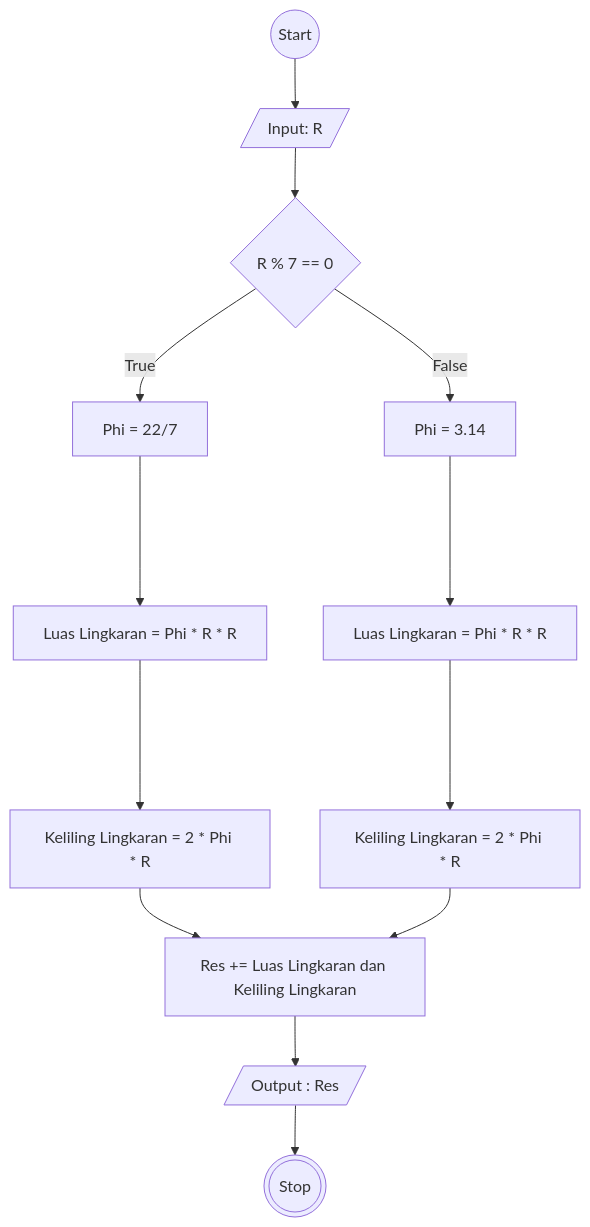
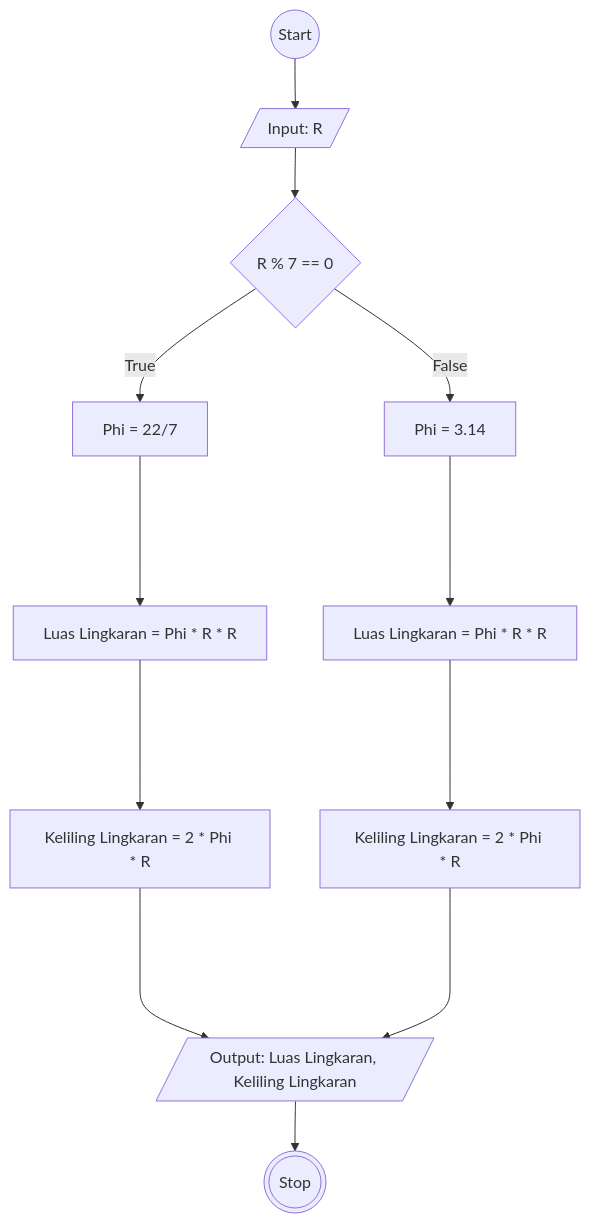
One commit to Vincentius31/koda-b6-algoritma changed the diagram in flowchart-luas-keliling-lingkaran.md. Above: the diagram before and after it, drawn with Mermaid.

````diff
--- a/flowchart-luas-keliling-lingkaran.md
+++ b/flowchart-luas-keliling-lingkaran.md
@@ -1,28 +1,26 @@
 ```mermaid
     flowchart TD
     id1((Start))
     id2[/"Input: R"/]
     id3{R % 7 == 0}
     id4["Phi = 22/7"]
     id5["Phi = 3.14"]
     id6["Luas Lingkaran = Phi * R * R"]
     id7["Keliling Lingkaran = 2 * Phi * R"]
     id8["Luas Lingkaran = Phi * R * R"]
     id9["Keliling Lingkaran = 2 * Phi * R"]
-    id11[/"Output : Res "/]
-    id12["Res += Luas Lingkaran dan Keliling Lingkaran"]
+    id11[/"Output: Luas Lingkaran, Keliling Lingkaran "/]
     
     id14(((Stop)))
 
     id1 --> id2 --> id3
     id3 -- True --> id4
     id3 -- False --> id5
     id4 ----> id6
     id6 ----> id7
     id5 ----> id8
     id8 ----> id9
-    id7 --> id12
-    id9 --> id12
-    id12 --> id11
+    id7 ----> id11
+    id9 ----> id11
     id11 --> id14
 ```
````
